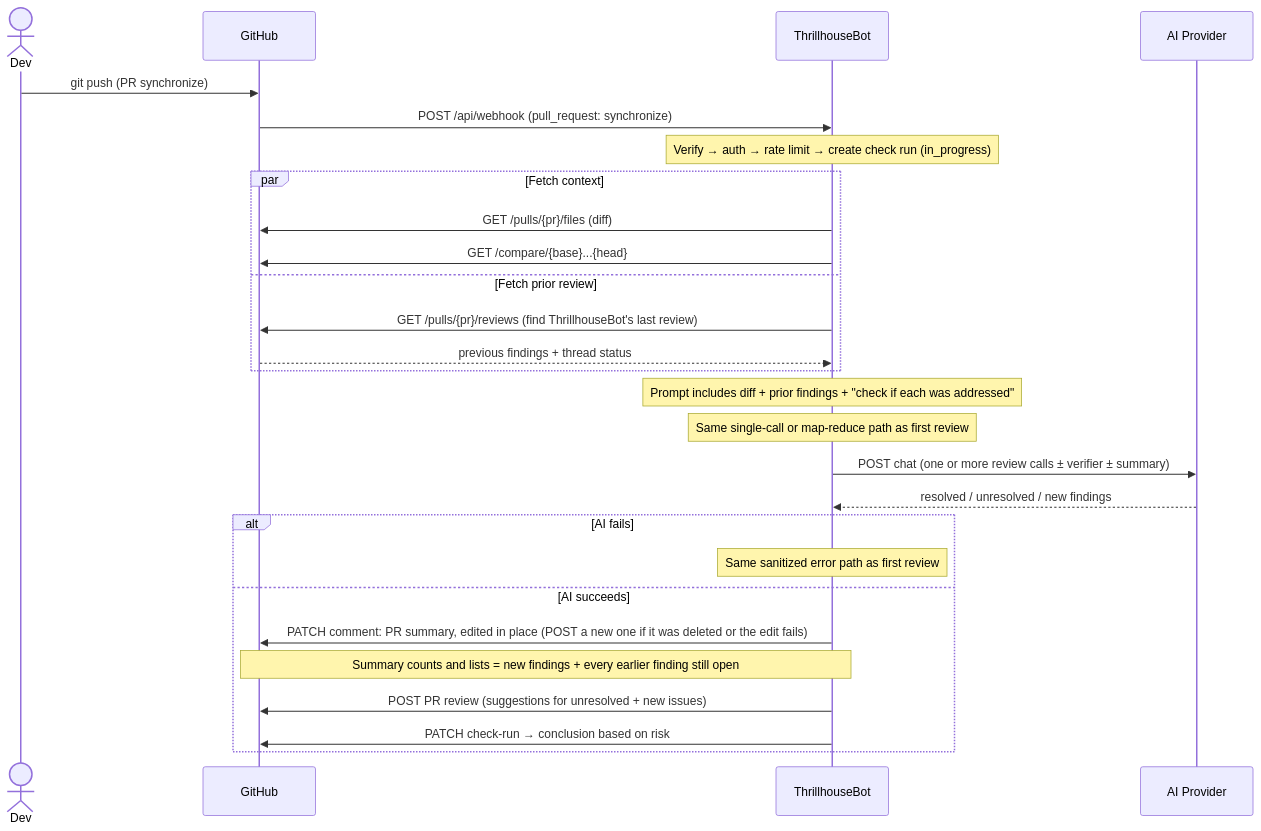
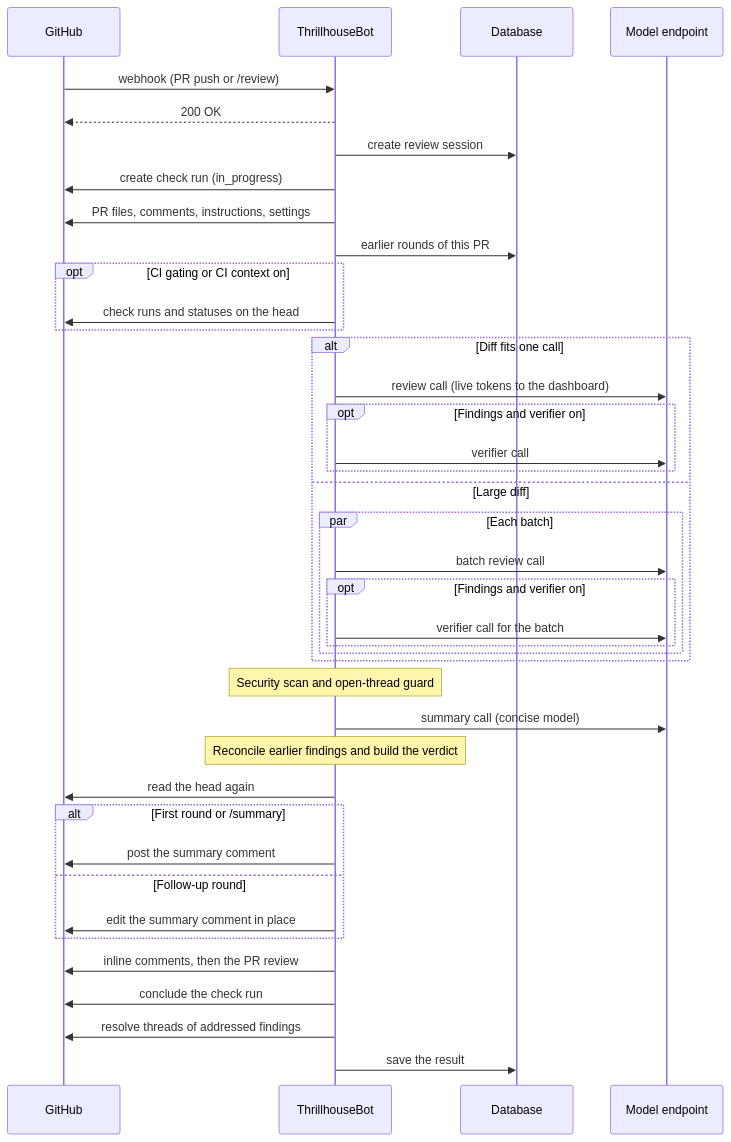
Before and after one commit to devops-thiago/ThrillhouseBot: the third of 4 diagrams in docs/ARCHITECTURE.md, drawn with Mermaid. The commit also changed other lines of this file and 1 other file, not shown here.

First line of the commit message:
docs: update the architecture overview and AGENTS.md for 0.7.0 (#990)

````diff
--- a/docs/ARCHITECTURE.md
+++ b/docs/ARCHITECTURE.md
@@ -135,35 +130,45 @@
 ```mermaid
 sequenceDiagram
-    actor Dev
     participant GH as GitHub
     participant TB as ThrillhouseBot
-    participant AI as AI Provider
+    participant DB as Database
+    participant AI as Model endpoint
 
-    Dev->>GH: git push (PR synchronize)
-    GH->>TB: POST /api/webhook (pull_request: synchronize)
-
-    Note over TB: Verify → auth → rate limit → create check run (in_progress)
-
-    par Fetch context
-        TB->>GH: GET /pulls/{pr}/files (diff)
-        TB->>GH: GET /compare/{base}...{head}
-    and Fetch prior review
-        TB->>GH: GET /pulls/{pr}/reviews (find ThrillhouseBot's last review)
-        GH-->>TB: previous findings + thread status
+    GH->>TB: webhook (PR push or /review)
+    TB-->>GH: 200 OK
+    TB->>DB: create review session
+    TB->>GH: create check run (in_progress)
+    TB->>GH: PR files, comments, instructions, settings
+    TB->>DB: earlier rounds of this PR
+    opt CI gating or CI context on
+        TB->>GH: check runs and statuses on the head
     end
 
-    Note over TB: Prompt includes diff + prior findings + "check if each was addressed"
-    Note over TB: Same single-call or map-reduce path as first review
+    alt Diff fits one call
+        TB->>AI: review call (live tokens to the dashboard)
+        opt Findings and verifier on
+            TB->>AI: verifier call
+        end
+    else Large diff
+        par Each batch
+            TB->>AI: batch review call
+            opt Findings and verifier on
+                TB->>AI: verifier call for the batch
+            end
+        end
+    end
+    Note over TB: Security scan and open-thread guard
+    TB->>AI: summary call (concise model)
+    Note over TB: Reconcile earlier findings and build the verdict
 
-    TB->>AI: POST chat (one or more review calls ± verifier ± summary)
-    AI-->>TB: resolved / unresolved / new findings
-
-    alt AI fails
-        Note over TB: Same sanitized error path as first review
-    else AI succeeds
-        TB->>GH: PATCH comment: PR summary, edited in place (POST a new one if it was deleted or the edit fails)
-        Note over TB,GH: Summary counts and lists = new findings + every earlier finding still open
-        TB->>GH: POST PR review (suggestions for unresolved + new issues)
-        TB->>GH: PATCH check-run → conclusion based on risk
+    TB->>GH: read the head again
+    alt First round or /summary
+        TB->>GH: post the summary comment
+    else Follow-up round
+        TB->>GH: edit the summary comment in place
     end
+    TB->>GH: inline comments, then the PR review
+    TB->>GH: conclude the check run
+    TB->>GH: resolve threads of addressed findings
+    TB->>DB: save the result
 ```
````
